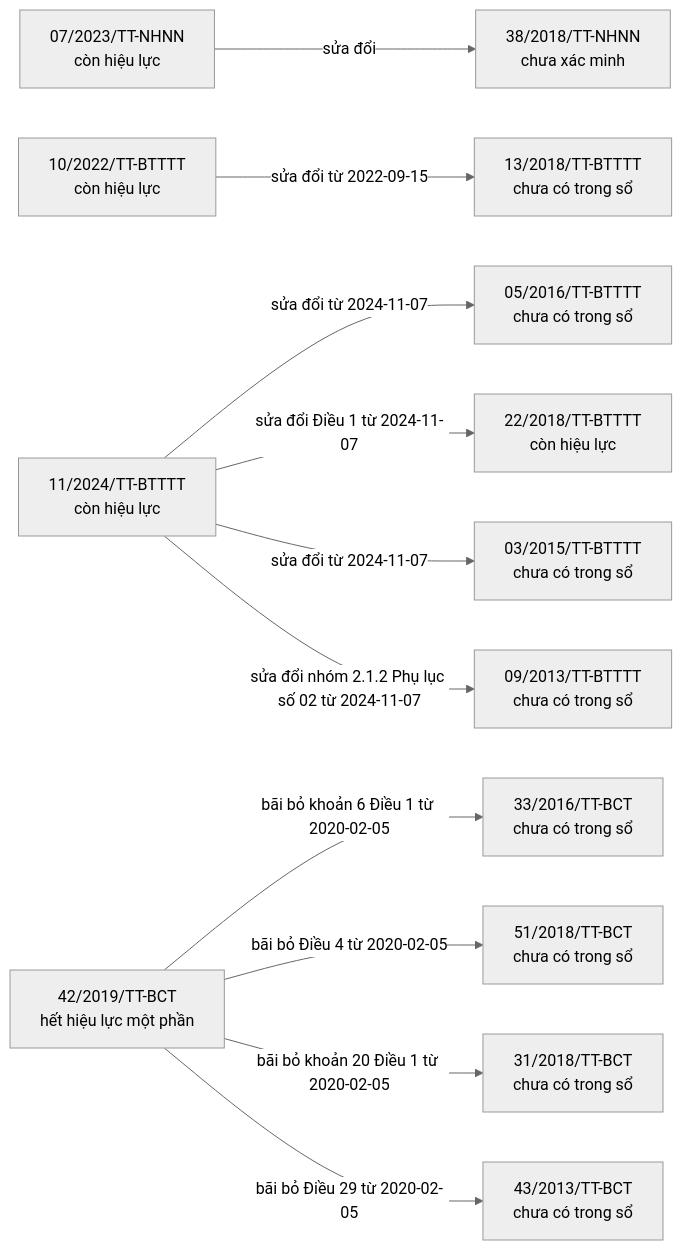
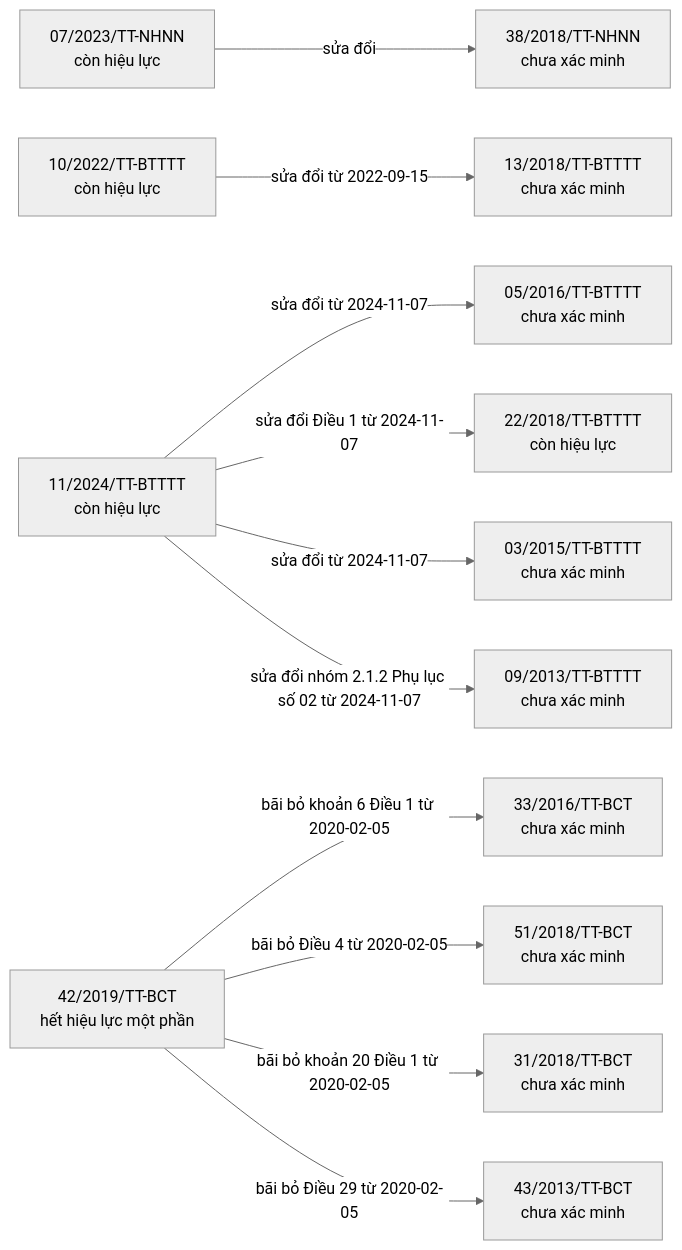
Before and after one commit to ozvietnam/oz-wiki-plhq: the first of 8 diagrams in bao-cao/quan-he.md, drawn with Mermaid (neutral theme). The commit also changed other lines of this file and 5 other files, not shown here.

````diff
--- a/bao-cao/quan-he.md
+++ b/bao-cao/quan-he.md
@@ -7,27 +7,27 @@
 ```mermaid
 flowchart LR
   n_07_2023_TT_NHNN["07/2023/TT-NHNN<br/>còn hiệu lực"]
   n_38_2018_TT_NHNN["38/2018/TT-NHNN<br/>chưa xác minh"]
   n_10_2022_TT_BTTTT["10/2022/TT-BTTTT<br/>còn hiệu lực"]
-  n_13_2018_TT_BTTTT["13/2018/TT-BTTTT<br/>chưa có trong sổ"]
+  n_13_2018_TT_BTTTT["13/2018/TT-BTTTT<br/>chưa xác minh"]
   n_11_2024_TT_BTTTT["11/2024/TT-BTTTT<br/>còn hiệu lực"]
-  n_05_2016_TT_BTTTT["05/2016/TT-BTTTT<br/>chưa có trong sổ"]
+  n_05_2016_TT_BTTTT["05/2016/TT-BTTTT<br/>chưa xác minh"]
   n_22_2018_TT_BTTTT["22/2018/TT-BTTTT<br/>còn hiệu lực"]
-  n_03_2015_TT_BTTTT["03/2015/TT-BTTTT<br/>chưa có trong sổ"]
-  n_09_2013_TT_BTTTT["09/2013/TT-BTTTT<br/>chưa có trong sổ"]
+  n_03_2015_TT_BTTTT["03/2015/TT-BTTTT<br/>chưa xác minh"]
+  n_09_2013_TT_BTTTT["09/2013/TT-BTTTT<br/>chưa xác minh"]
   n_42_2019_TT_BCT["42/2019/TT-BCT<br/>hết hiệu lực một phần"]
-  n_33_2016_TT_BCT["33/2016/TT-BCT<br/>chưa có trong sổ"]
-  n_51_2018_TT_BCT["51/2018/TT-BCT<br/>chưa có trong sổ"]
-  n_31_2018_TT_BCT["31/2018/TT-BCT<br/>chưa có trong sổ"]
-  n_43_2013_TT_BCT["43/2013/TT-BCT<br/>chưa có trong sổ"]
+  n_33_2016_TT_BCT["33/2016/TT-BCT<br/>chưa xác minh"]
+  n_51_2018_TT_BCT["51/2018/TT-BCT<br/>chưa xác minh"]
+  n_31_2018_TT_BCT["31/2018/TT-BCT<br/>chưa xác minh"]
+  n_43_2013_TT_BCT["43/2013/TT-BCT<br/>chưa xác minh"]
   n_07_2023_TT_NHNN -->|sửa đổi| n_38_2018_TT_NHNN
   n_10_2022_TT_BTTTT -->|sửa đổi từ 2022-09-15| n_13_2018_TT_BTTTT
   n_11_2024_TT_BTTTT -->|sửa đổi từ 2024-11-07| n_05_2016_TT_BTTTT
   n_11_2024_TT_BTTTT -->|sửa đổi Điều 1 từ 2024-11-07| n_22_2018_TT_BTTTT
   n_11_2024_TT_BTTTT -->|sửa đổi từ 2024-11-07| n_03_2015_TT_BTTTT
   n_11_2024_TT_BTTTT -->|sửa đổi nhóm 2.1.2 Phụ lục số 02 từ 2024-11-07| n_09_2013_TT_BTTTT
   n_42_2019_TT_BCT -->|bãi bỏ khoản 6 Điều 1 từ 2020-02-05| n_33_2016_TT_BCT
   n_42_2019_TT_BCT -->|bãi bỏ Điều 4 từ 2020-02-05| n_51_2018_TT_BCT
   n_42_2019_TT_BCT -->|bãi bỏ khoản 20 Điều 1 từ 2020-02-05| n_31_2018_TT_BCT
   n_42_2019_TT_BCT -->|bãi bỏ Điều 29 từ 2020-02-05| n_43_2013_TT_BCT
 ```
````
